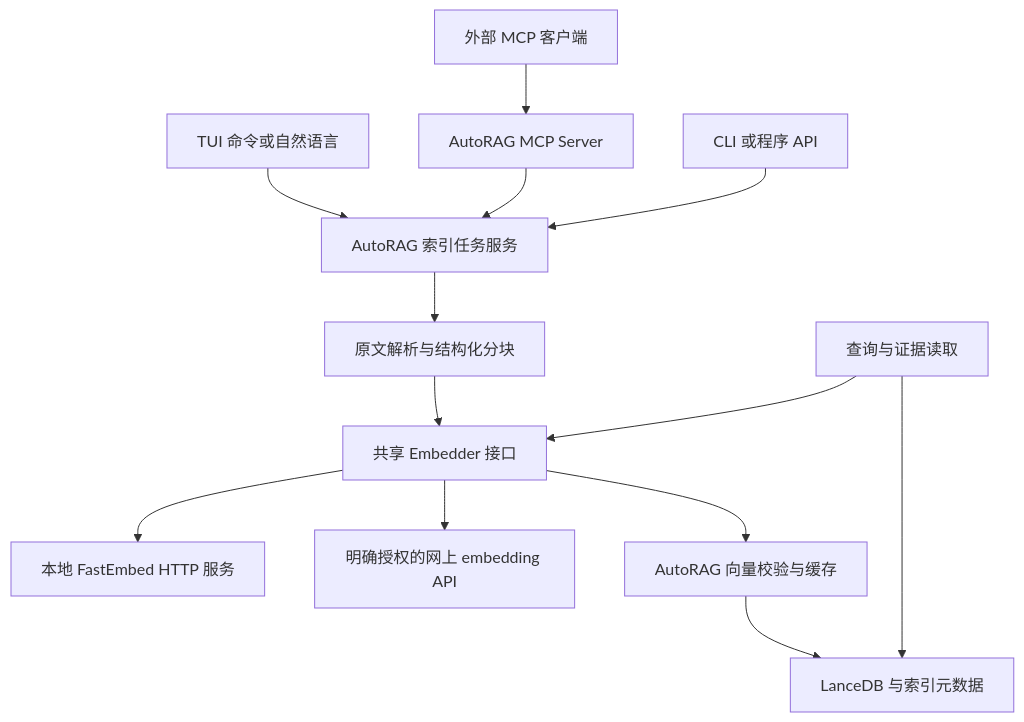
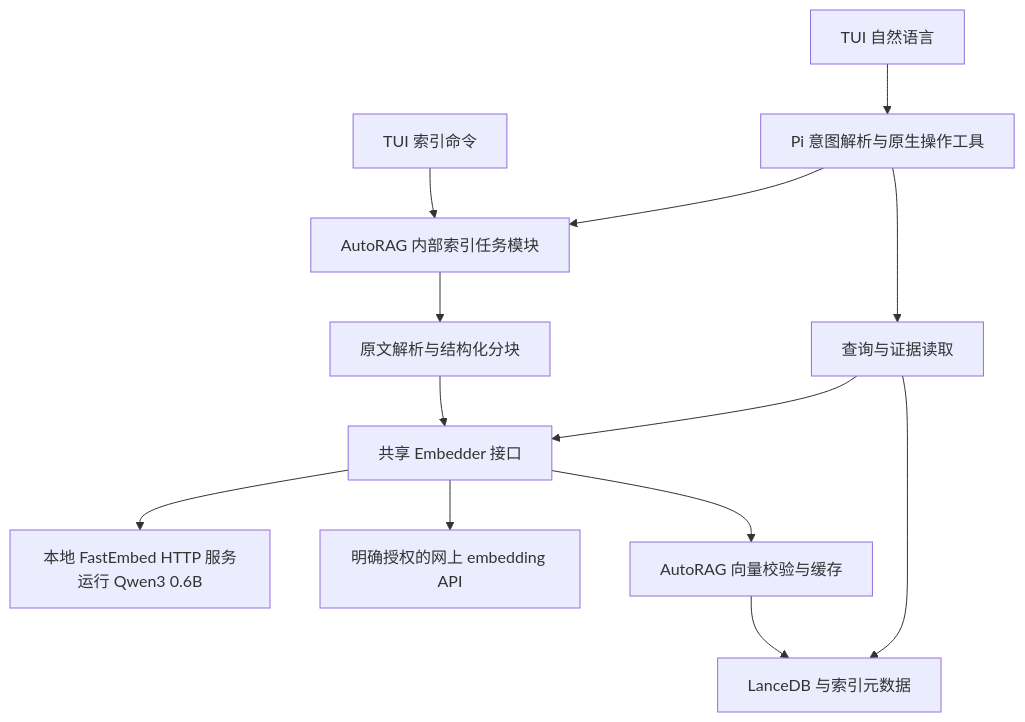
One commit to 940789525/AutoRAG changed the diagram in myself_dev/1030/01-总体架构.md. Above: the diagram before and after it, drawn with Mermaid. The commit also changed other lines of this file and 22 other files, not shown here.

````diff
--- a/myself_dev/1030/01-总体架构.md
+++ b/myself_dev/1030/01-总体架构.md
@@ -21,15 +23,15 @@
 ```mermaid
 flowchart TD
-    TUI[TUI 命令或自然语言] --> JOB[AutoRAG 索引任务服务]
-    MCP[外部 MCP 客户端] --> MS[AutoRAG MCP Server]
-    MS --> JOB
-    CLI[CLI 或程序 API] --> JOB
+    TUI[TUI 索引命令] --> JOB[AutoRAG 内部索引任务模块]
+    NATURAL[TUI 自然语言] --> PI[Pi 意图解析与原生操作工具]
+    PI --> JOB
     JOB --> PARSE[原文解析与结构化分块]
     PARSE --> EMB[共享 Embedder 接口]
-    EMB --> LOCAL[本地 FastEmbed HTTP 服务]
+    EMB --> LOCAL[本地 FastEmbed HTTP 服务运行 Qwen3 0.6B]
     EMB --> API[明确授权的网上 embedding API]
     EMB --> IDX[AutoRAG 向量校验与缓存]
     IDX --> STORE[LanceDB 与索引元数据]
-    QUERY[查询与证据读取] --> STORE
+    PI --> QUERY[查询与证据读取]
+    QUERY --> STORE
     QUERY --> EMB
 ```
````
